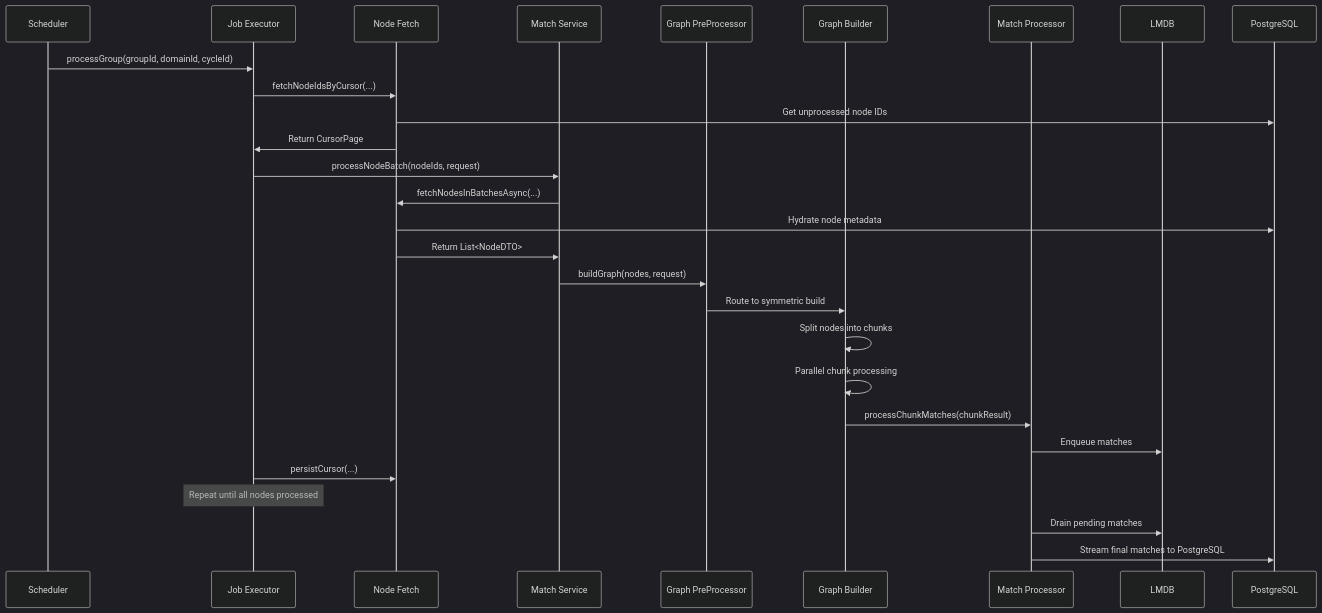
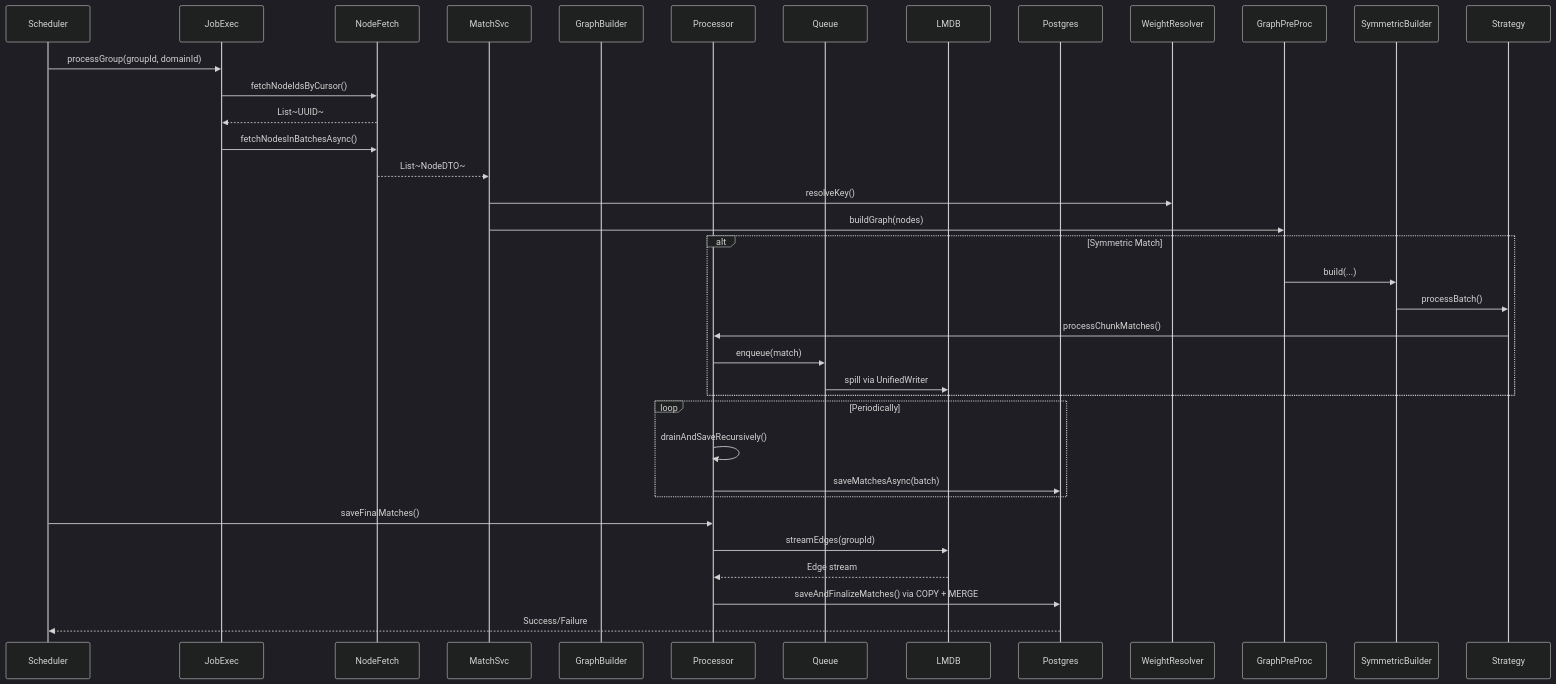
One commit to kagit00/schedule_x changed the second of 4 diagrams in docs/Low Level Designs/ScheduledPotentialMatchesCreation.md. Above: the diagram before and after it, drawn with Mermaid (dark theme). The commit also changed other lines of this file, not shown here.

````diff
--- a/docs/Low Level Designs/ScheduledPotentialMatchesCreation.md
+++ b/docs/Low Level Designs/ScheduledPotentialMatchesCreation.md
@@ -192,31 +317,39 @@
 ```mermaid
 sequenceDiagram
-    participant Scheduler as Scheduler
-    participant JobExecutor as Job Executor
-    participant NodeFetch as Node Fetch
-    participant MatchService as Match Service
-    participant GraphPre as Graph PreProcessor
-    participant GraphBuilder as Graph Builder
-    participant MatchProcessor as Match Processor
-    participant LMDB as LMDB
-    participant PG as PostgreSQL
+    participant Scheduler
+    participant JobExec
+    participant NodeFetch
+    participant MatchSvc
+    participant GraphBuilder
+    participant Processor
+    participant Queue
+    participant LMDB
+    participant Postgres
 
-    Scheduler->>JobExecutor: processGroup(groupId, domainId, cycleId)
-    JobExecutor->>NodeFetch: fetchNodeIdsByCursor(...)
-    NodeFetch->>PG: Get unprocessed node IDs
-    NodeFetch->>JobExecutor: Return CursorPage
-    JobExecutor->>MatchService: processNodeBatch(nodeIds, request)
-    MatchService->>NodeFetch: fetchNodesInBatchesAsync(...)
-    NodeFetch->>PG: Hydrate node metadata
-    NodeFetch->>MatchService: Return List<NodeDTO>
-    MatchService->>GraphPre: buildGraph(nodes, request)
-    GraphPre->>GraphBuilder: Route to symmetric build
-    GraphBuilder->>GraphBuilder: Split nodes into chunks
-    GraphBuilder->>GraphBuilder: Parallel chunk processing
-    GraphBuilder->>MatchProcessor: processChunkMatches(chunkResult)
-    MatchProcessor->>LMDB: Enqueue matches
-    JobExecutor->>NodeFetch: persistCursor(...)
-    Note over JobExecutor: Repeat until all nodes processed
-    MatchProcessor->>LMDB: Drain pending matches
-    MatchProcessor->>PG: Stream final matches to PostgreSQL
+    Scheduler->>JobExec: processGroup(groupId, domainId)
+    JobExec->>NodeFetch: fetchNodeIdsByCursor()
+    NodeFetch-->>JobExec: List~UUID~
+    JobExec->>NodeFetch: fetchNodesInBatchesAsync()
+    NodeFetch-->>MatchSvc: List~NodeDTO~
+
+    MatchSvc->>WeightResolver: resolveKey()
+    MatchSvc->>GraphPreProc: buildGraph(nodes)
+    alt Symmetric Match
+        GraphPreProc->>SymmetricBuilder: build(...)
+        SymmetricBuilder->>Strategy: processBatch()
+        Strategy->>Processor: processChunkMatches()
+        Processor->>Queue: enqueue(match)
+        Queue->>LMDB: spill via UnifiedWriter
+    end
+
+    loop Periodically
+        Processor->>Processor: drainAndSaveRecursively()
+        Processor->>Postgres: saveMatchesAsync(batch)
+    end
+
+    Scheduler->>Processor: saveFinalMatches()
+    Processor->>LMDB: streamEdges(groupId)
+    LMDB-->>Processor: Edge stream
+    Processor->>Postgres: saveAndFinalizeMatches() via COPY + MERGE
+    Postgres-->>Scheduler: Success/Failure
 ```
````
